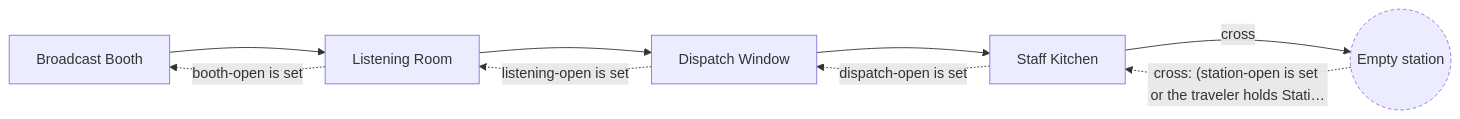
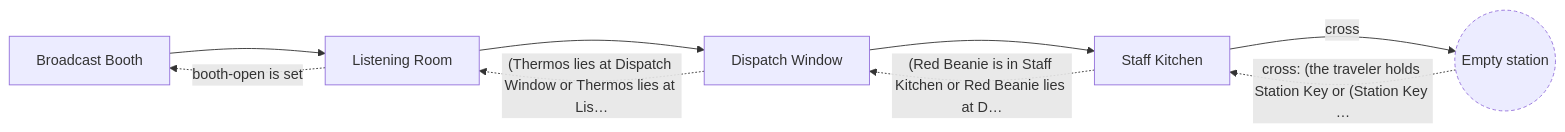
The first of 2 diagrams in docs/maps/ratiradio.md (cenetex/cosyworld), drawn with Mermaid before and after one commit. The commit also changed other lines of this file and 24 other files, not shown here.

````diff
--- a/docs/maps/ratiradio.md
+++ b/docs/maps/ratiradio.md
@@ -12,19 +12,19 @@
 ```mermaid
 flowchart LR
   %% Night Shift at RatiRadio
   n_ratiradio_broadcast_booth["Broadcast Booth"]
   n_ratiradio_dispatch_window["Dispatch Window"]
   n_ratiradio_listening_room["Listening Room"]
   n_ratiradio_staff_kitchen["Staff Kitchen"]
   n_station(("Empty station"))
   n_ratiradio_broadcast_booth --> n_ratiradio_listening_room
-  n_ratiradio_dispatch_window -. "listening-open is set" .-> n_ratiradio_listening_room
+  n_ratiradio_dispatch_window -. "(Thermos lies at Dispatch Window or Thermos lies at Lis…" .-> n_ratiradio_listening_room
   n_ratiradio_dispatch_window --> n_ratiradio_staff_kitchen
   n_ratiradio_listening_room -. "booth-open is set" .-> n_ratiradio_broadcast_booth
   n_ratiradio_listening_room --> n_ratiradio_dispatch_window
-  n_ratiradio_staff_kitchen -. "dispatch-open is set" .-> n_ratiradio_dispatch_window
+  n_ratiradio_staff_kitchen -. "(Red Beanie is in Staff Kitchen or Red Beanie lies at D…" .-> n_ratiradio_dispatch_window
   n_ratiradio_staff_kitchen -- "cross" --> n_station
-  n_station -. "cross: (station-open is set or the traveler holds Stati…" .-> n_ratiradio_staff_kitchen
+  n_station -. "cross: (the traveler holds Station Key or (Station Key …" .-> n_ratiradio_staff_kitchen
   classDef stub stroke-dasharray: 4 3
   class n_station stub
 ```
````
